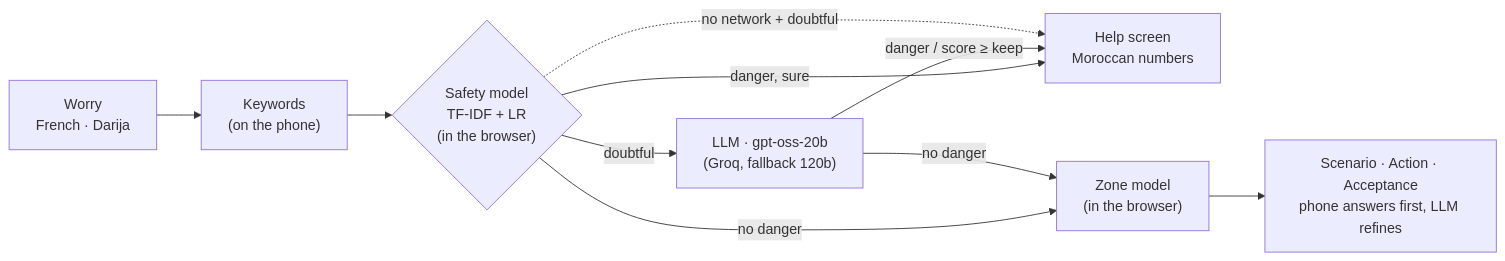
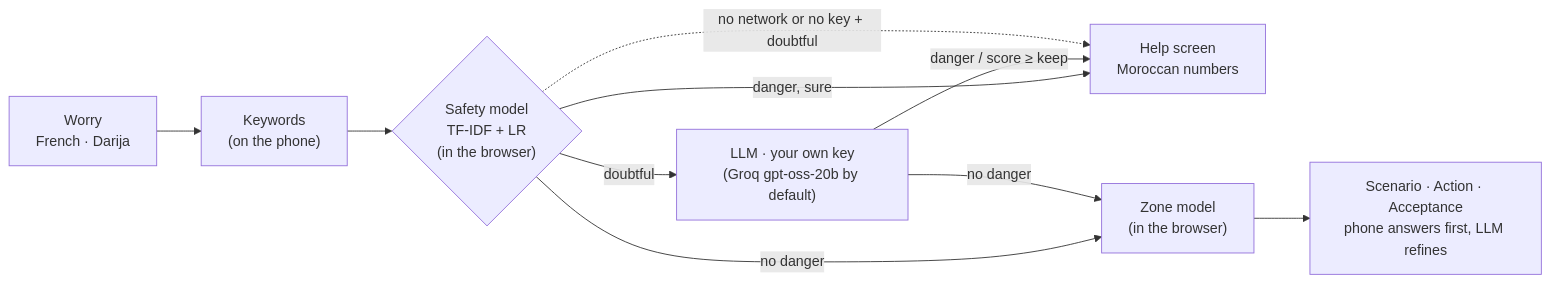
One commit to ilyasdaoudrma/braver changed the diagram in README.md. Above: the diagram before and after it, drawn with Mermaid. The commit also changed other lines of this file, not shown here.

Commit message:
docs: explain how to use BRAVER with your own AI key

````diff
--- a/README.md
+++ b/README.md
@@ -89,12 +119,12 @@
 ```mermaid
 flowchart LR
     A["Worry<br/>French · Darija"] --> B["Keywords<br/>(on the phone)"]
     B --> C{"Safety model<br/>TF-IDF + LR<br/>(in the browser)"}
     C -- "danger, sure" --> H["Help screen<br/>Moroccan numbers"]
-    C -- "doubtful" --> L["LLM · gpt-oss-20b<br/>(Groq, fallback 120b)"]
+    C -- "doubtful" --> L["LLM · your own key<br/>(Groq gpt-oss-20b by default)"]
     L -- "danger / score ≥ keep" --> H
     C -- "no danger" --> Z["Zone model<br/>(in the browser)"]
     L -- "no danger" --> Z
     Z --> S["Scenario · Action · Acceptance<br/>phone answers first, LLM refines"]
-    C -. "no network + doubtful" .-> H
+    C -. "no network or no key + doubtful" .-> H
 ```
````
